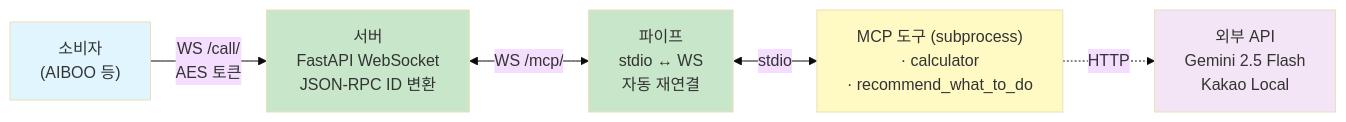
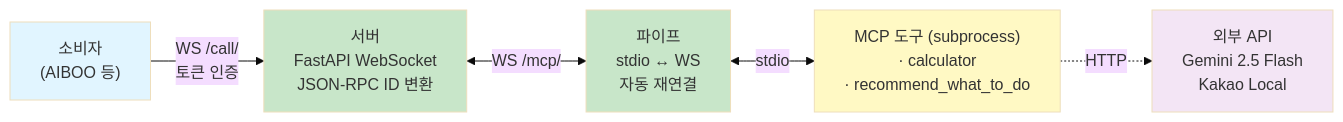
One commit to tommyjin2894/portfolio changed the sixth of 6 diagrams in README.md. Above: the diagram before and after it, drawn with Mermaid (base theme). The commit also changed other lines of this file and 3 other files, not shown here.

````diff
--- a/README.md
+++ b/README.md
@@ -484,23 +484,23 @@
 ```mermaid
 graph LR
     CONSUMER["소비자<br/>(AIBOO 등)"]
     SERVER["서버<br/>FastAPI WebSocket<br/>JSON-RPC ID 변환"]
     PIPE["파이프<br/>stdio ↔ WS<br/>자동 재연결"]
     TOOLS["MCP 도구 (subprocess)<br/>· calculator<br/>· recommend_what_to_do"]
     EXT["외부 API<br/>Gemini 2.5 Flash<br/>Kakao Local"]
 
-    CONSUMER -->|WS /call/<br/>AES 토큰| SERVER
+    CONSUMER -->|WS /call/<br/>토큰 인증| SERVER
     SERVER <-->|WS /mcp/| PIPE
     PIPE <-->|stdio| TOOLS
     TOOLS -.HTTP.-> EXT
 
     classDef consumer fill:#e1f5ff
     classDef server fill:#c8e6c9
     classDef tool fill:#fff9c4
     classDef ext fill:#f3e5f5
 
     class CONSUMER consumer
     class SERVER,PIPE server
     class TOOLS tool
     class EXT ext
 ```
````
